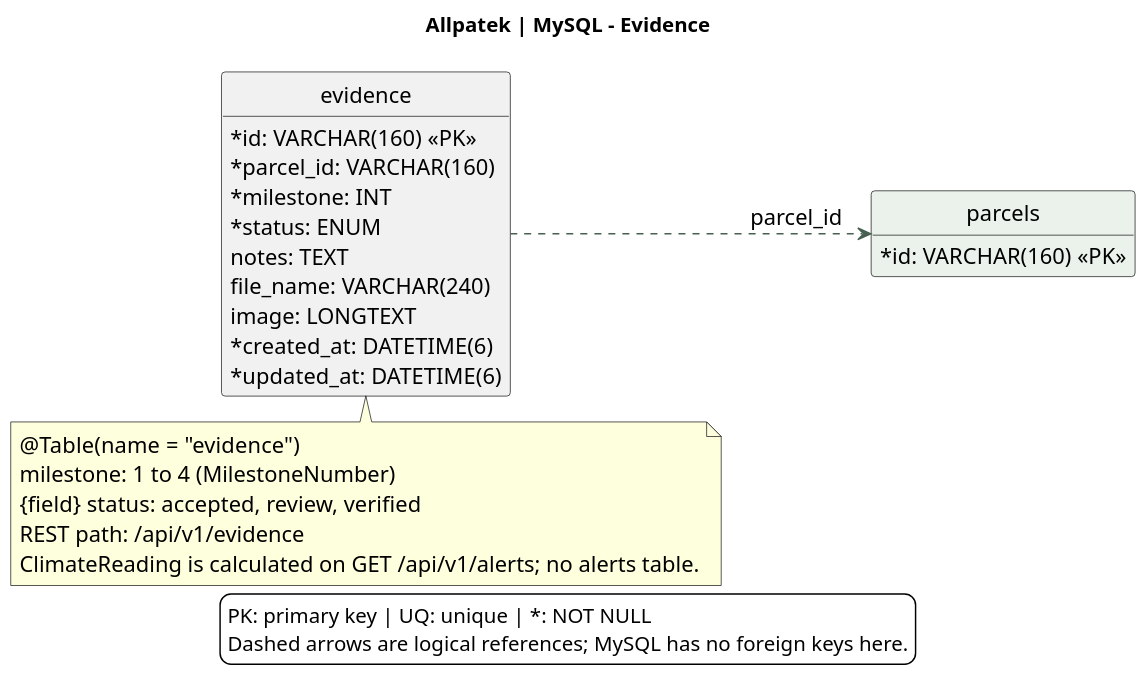
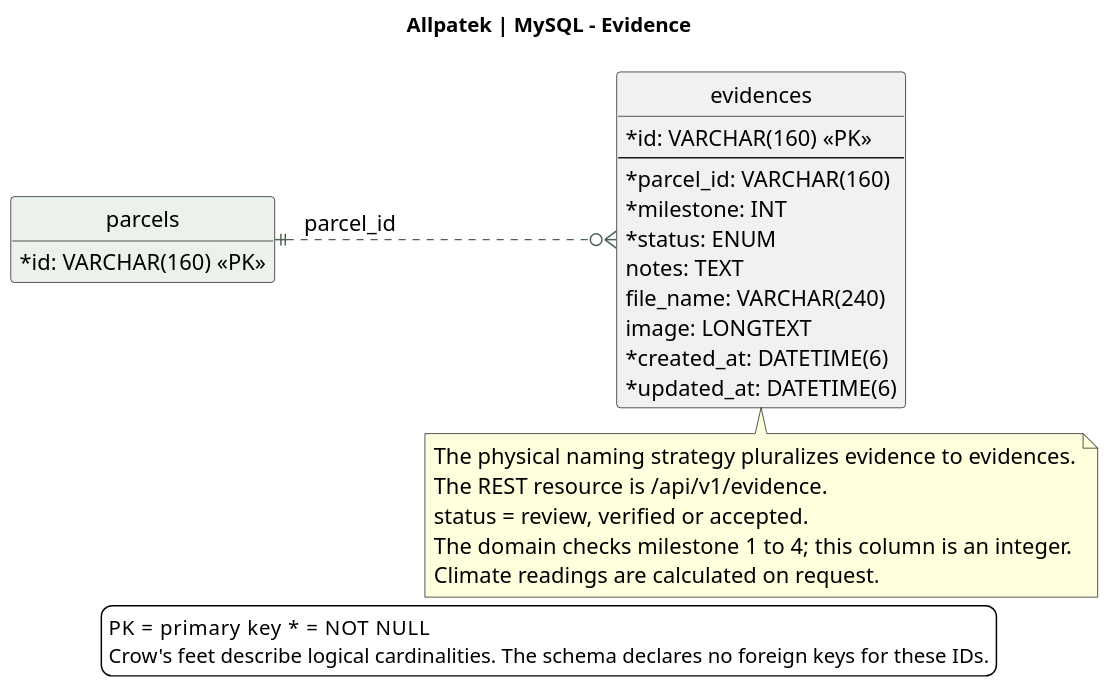
The diagram in assets/chapter-04/architecture/17-database-monitoring.puml (upc-pre-202620-1asi0729-7753-Terranova/allpatek-report), drawn with PlantUML before and after one commit. The commit also changed 3 other files, not shown here.

```diff
--- a/assets/chapter-04/architecture/17-database-monitoring.puml
+++ b/assets/chapter-04/architecture/17-database-monitoring.puml
@@ -1,40 +1,41 @@
 @startuml
 !pragma layout smetana
 skinparam backgroundColor white
 skinparam defaultFontName SansSerif
 skinparam defaultFontSize 15
 skinparam shadowing false
 skinparam classAttributeIconSize 0
 skinparam ArrowColor #476050
 skinparam dpi 140
 hide methods
 hide circle
 title Allpatek | MySQL - Evidence
 left to right direction
-entity "evidence" as evidence {
+entity "evidences" as evidence {
   {field} * id: VARCHAR(160) <<PK>>
+  --
   {field} * parcel_id: VARCHAR(160)
   {field} * milestone: INT
   {field} * status: ENUM
   {field} notes: TEXT
   {field} file_name: VARCHAR(240)
   {field} image: LONGTEXT
   {field} * created_at: DATETIME(6)
   {field} * updated_at: DATETIME(6)
 }
 entity "parcels" as parcel #EAF2EB {
   {field} * id: VARCHAR(160) <<PK>>
 }
-evidence ..> parcel : parcel_id
+parcel ||..o{ evidence : parcel_id
 note bottom of evidence
-  @Table(name = "evidence")
-  milestone: 1 to 4 (MilestoneNumber)
-  {field} status: accepted, review, verified
-  REST path: /api/v1/evidence
-  ClimateReading is calculated on GET /api/v1/alerts; no alerts table.
+  The physical naming strategy pluralizes evidence to evidences.
+  The REST resource is /api/v1/evidence.
+  status = review, verified or accepted.
+  The domain checks milestone 1 to 4; this column is an integer.
+  Climate readings are calculated on request.
 end note
 legend bottom
-PK: primary key | UQ: unique | *: NOT NULL
-Dashed arrows are logical references; MySQL has no foreign keys here.
+PK = primary key     * = NOT NULL
+Crow's feet describe logical cardinalities. The schema declares no foreign keys for these IDs.
 endlegend
 @enduml
```
